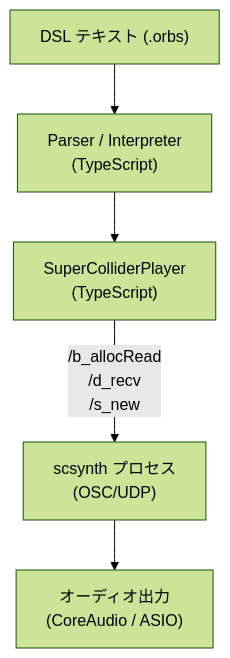
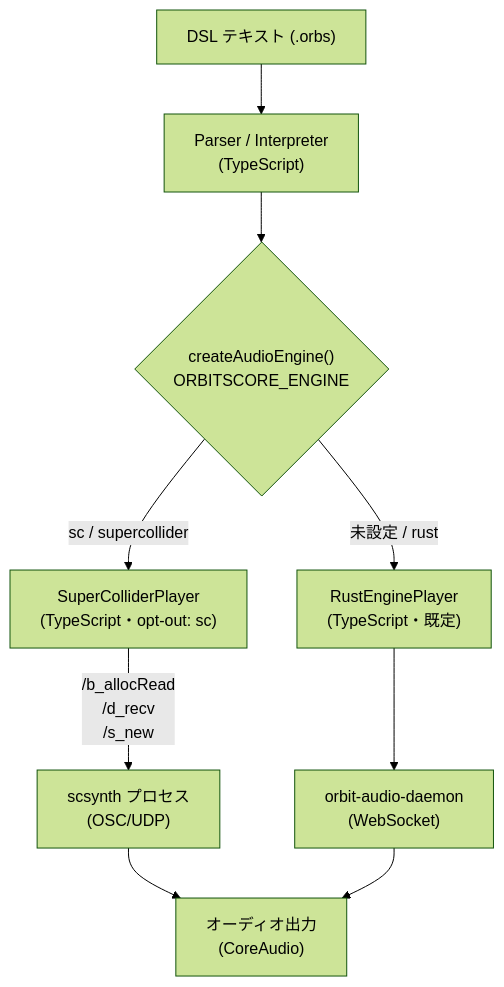
The diagram in sites/dev/decisions/adr-001-supercollider.md (signalcompose/orbitscore), drawn with Mermaid (forest theme) before and after one commit. The commit also changed other lines of this file and 6 other files, not shown here.

````diff
--- a/sites/dev/decisions/adr-001-supercollider.md
+++ b/sites/dev/decisions/adr-001-supercollider.md
@@ -193,13 +211,20 @@
 ```mermaid
 flowchart TD
     A["DSL テキスト (.orbs)"]
     B["Parser / Interpreter\n(TypeScript)"]
-    C["SuperColliderPlayer\n(TypeScript)"]
+    F{"createAudioEngine()\nORBITSCORE_ENGINE"}
+    C["SuperColliderPlayer\n(TypeScript・opt-out: sc)"]
     D["scsynth プロセス\n(OSC/UDP)"]
-    E["オーディオ出力\n(CoreAudio / ASIO)"]
+    R["RustEnginePlayer\n(TypeScript・既定)"]
+    RD["orbit-audio-daemon\n(WebSocket)"]
+    E["オーディオ出力\n(CoreAudio)"]
 
     A --> B
-    B --> C
+    B --> F
+    F -->|"sc / supercollider"| C
+    F -->|"未設定 / rust"| R
     C -->|"/b_allocRead\n/d_recv\n/s_new"| D
+    R --> RD
     D --> E
+    RD --> E
 ```
````
